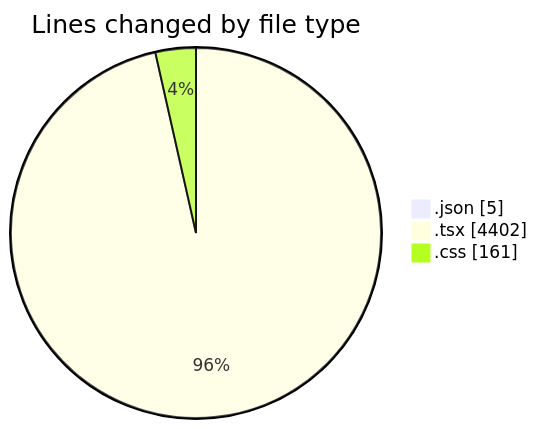
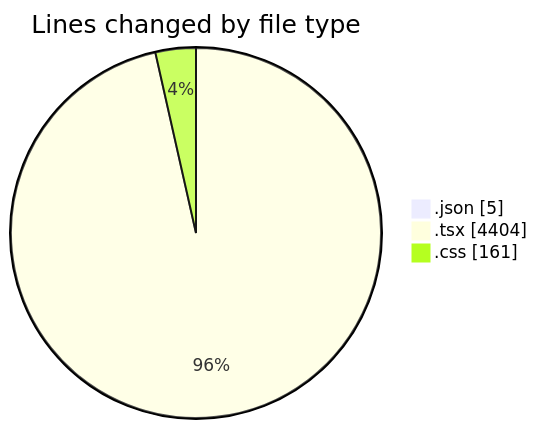
The first of 2 diagrams in 2025-05-29/advertise/README.md (Elitesun/code-tracking), drawn with Mermaid before and after one commit. The commit also changed other lines of this file and 1 other file, not shown here.

````diff
--- a/2025-05-29/advertise/README.md
+++ b/2025-05-29/advertise/README.md
@@ -37,7 +37,7 @@
 ```mermaid
 pie showData
 title Lines changed by file type
 ".json" : 5
-".tsx" : 4402
+".tsx" : 4404
 ".css" : 161
 ```
````
